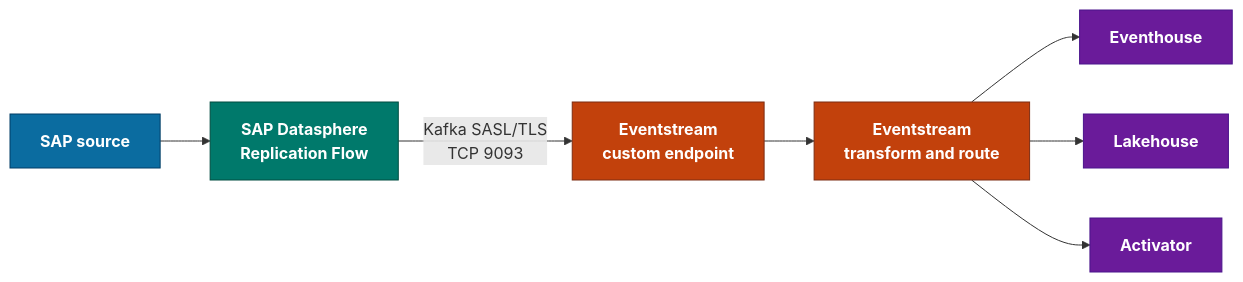
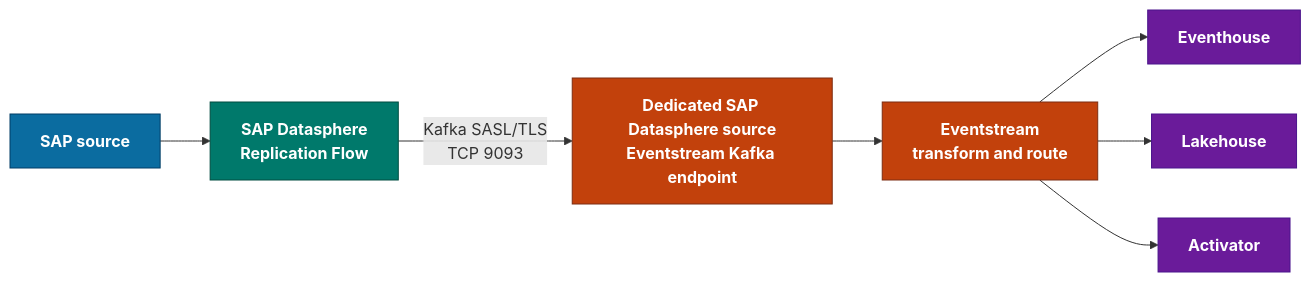
Before and after one commit to fredgis/fabric-foundry-kb: the seventh of 10 diagrams in markdown/SAP_Fabric_Connectivity.md, drawn with Mermaid. The commit also changed other lines of this file and 9 other files, not shown here.

````diff
--- a/markdown/SAP_Fabric_Connectivity.md
+++ b/markdown/SAP_Fabric_Connectivity.md
@@ -614,19 +628,19 @@
 ```mermaid
 flowchart LR
     SAP["SAP source"] --> DS["SAP Datasphere<br/>Replication Flow"]
-    DS -->|"Kafka SASL/TLS<br/>TCP 9093"| CE["Eventstream<br/>custom endpoint"]
+    DS -->|"Kafka SASL/TLS<br/>TCP 9093"| CE["Dedicated SAP Datasphere source<br/>Eventstream Kafka endpoint"]
     CE --> ES["Eventstream<br/>transform and route"]
     ES --> EH["Eventhouse"]
     ES --> LH["Lakehouse"]
     ES --> ACT["Activator"]
 
     classDef sap fill:#0B6CA0,stroke:#003D66,color:#ffffff,font-weight:bold
     classDef ds fill:#00796B,stroke:#004D40,color:#ffffff,font-weight:bold
     classDef event fill:#C2410C,stroke:#7C2D12,color:#ffffff,font-weight:bold
     classDef fabric fill:#6A1B9A,stroke:#4A148C,color:#ffffff,font-weight:bold
 
     class SAP sap
     class DS ds
     class CE,ES event
     class EH,LH,ACT fabric
 ```
````
